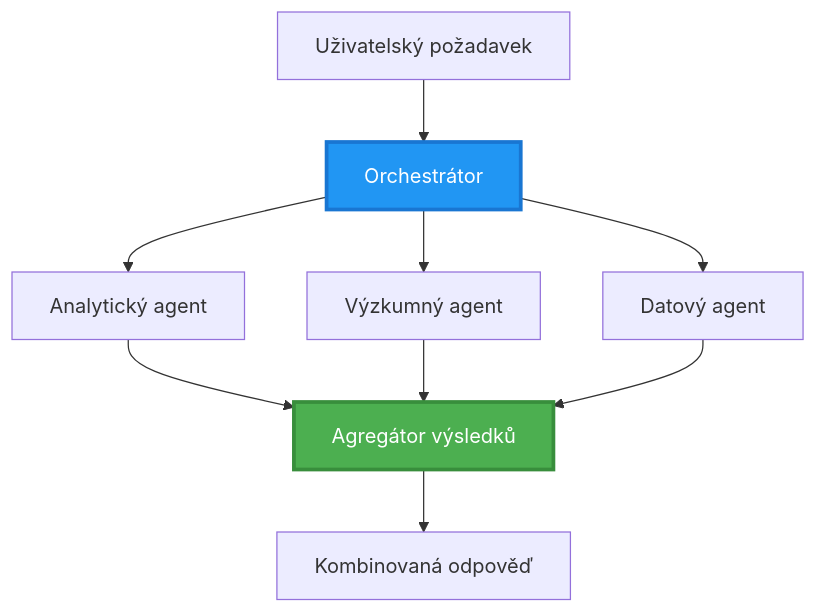
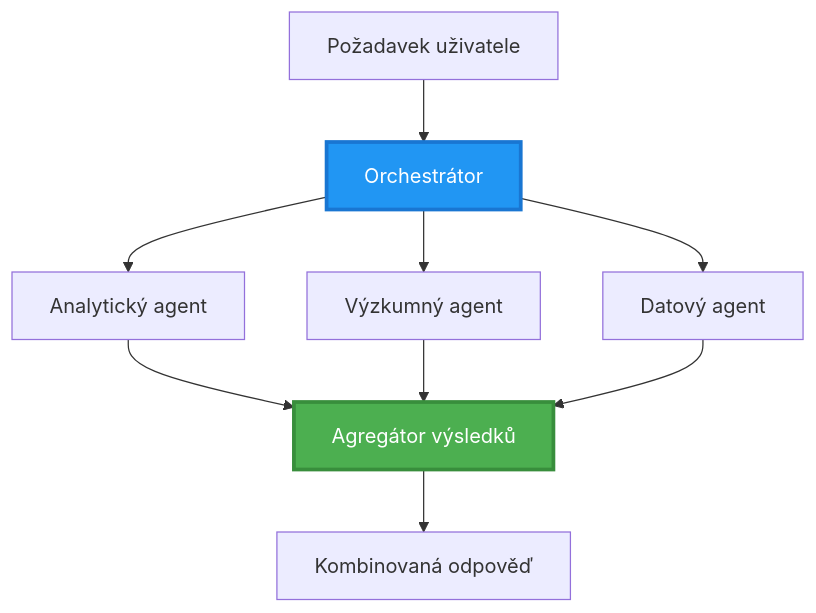
Before and after one commit to microsoft/AZD-for-beginners: the second of 6 diagrams in translations/cs/docs/chapter-06-pre-deployment/coordination-patterns.md, drawn with Mermaid. The commit also changed other lines of this file and 101 other files, not shown here.

````diff
--- a/translations/cs/docs/chapter-06-pre-deployment/coordination-patterns.md
+++ b/translations/cs/docs/chapter-06-pre-deployment/coordination-patterns.md
@@ -106,22 +100,22 @@
 ```mermaid
 graph TB
-    User[Uživatelský požadavek]
+    User[Požadavek uživatele]
     Orchestrator[Orchestrátor]
     Agent1[Analytický agent]
     Agent2[Výzkumný agent]
     Agent3[Datový agent]
     Aggregator[Agregátor výsledků]
     Response[Kombinovaná odpověď]
     
     User --> Orchestrator
     Orchestrator --> Agent1
     Orchestrator --> Agent2
     Orchestrator --> Agent3
     Agent1 --> Aggregator
     Agent2 --> Aggregator
     Agent3 --> Aggregator
     Aggregator --> Response
     
     style Orchestrator fill:#2196F3,stroke:#1976D2,stroke-width:3px,color:#fff
     style Aggregator fill:#4CAF50,stroke:#388E3C,stroke-width:3px,color:#fff
 ```
````
